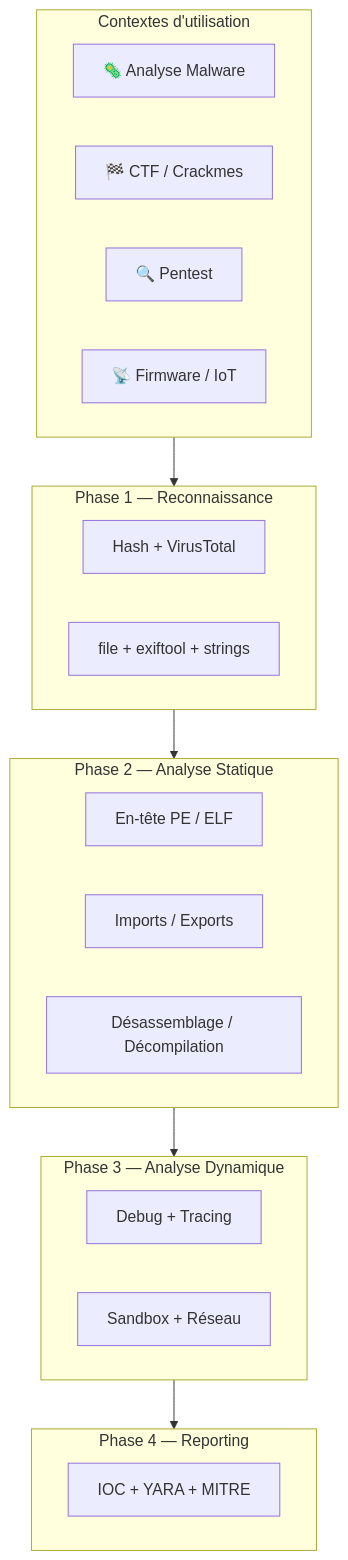
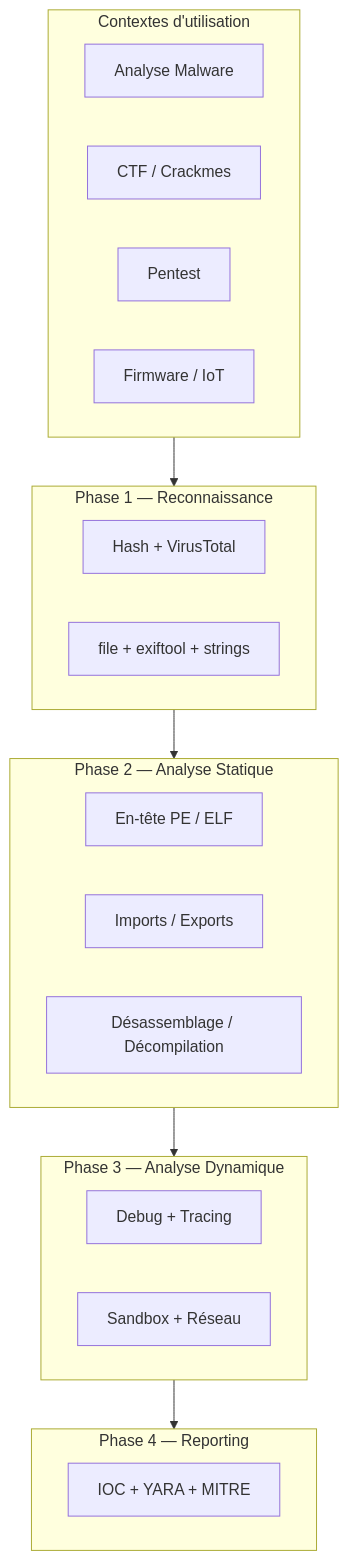
One commit to F0X-hack/foxhack.fr changed the first of 6 diagrams in public/offsidian/vault/Cybersécurité Offensive/09 - Reverse Engineering & Malware.md. Above: the diagram before and after it, drawn with Mermaid. The commit also changed other lines of this file and 369 other files, not shown here.

````diff
--- a/public/offsidian/vault/Cybersécurité Offensive/09 - Reverse Engineering & Malware.md
+++ b/public/offsidian/vault/Cybersécurité Offensive/09 - Reverse Engineering & Malware.md
@@ -15,27 +15,27 @@
 ```mermaid
 flowchart TB
     subgraph Contextes["Contextes d'utilisation"]
         direction LR
-        C1["🦠 Analyse Malware"]
-        C2["🏁 CTF / Crackmes"]
-        C3["🔍 Pentest"]
-        C4["📡 Firmware / IoT"]
+        C1["Analyse Malware"]
+        C2["CTF / Crackmes"]
+        C3["Pentest"]
+        C4["Firmware / IoT"]
     end
     subgraph Phase1["Phase 1 — Reconnaissance"]
         R1["Hash + VirusTotal"]
         R2["file + exiftool + strings"]
     end
     subgraph Phase2["Phase 2 — Analyse Statique"]
         S1["En-tête PE / ELF"]
         S2["Imports / Exports"]
         S3["Désassemblage / Décompilation"]
     end
     subgraph Phase3["Phase 3 — Analyse Dynamique"]
         D1["Debug + Tracing"]
         D2["Sandbox + Réseau"]
     end
     subgraph Phase4["Phase 4 — Reporting"]
         P1["IOC + YARA + MITRE"]
     end
     Contextes --> Phase1 --> Phase2 --> Phase3 --> Phase4
 ```
````
